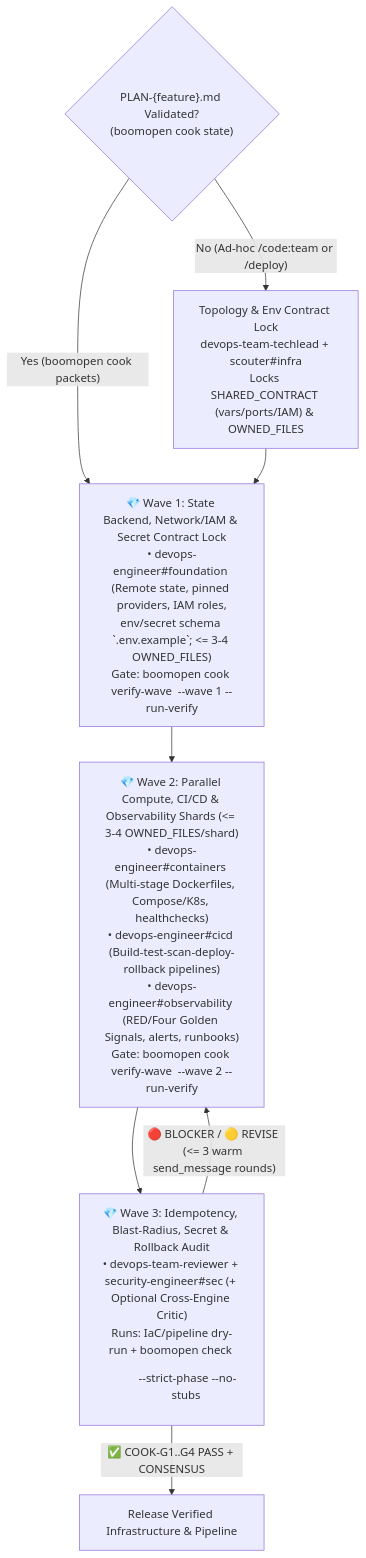
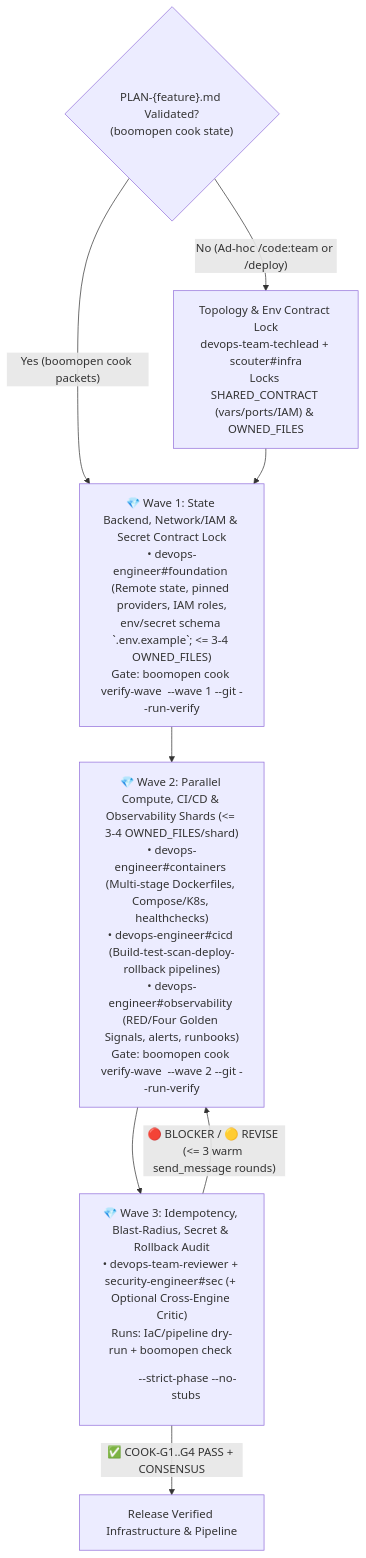
Before and after one commit to Kennyboom/BoomOpen-Workflow-Kit-Pro: the diagram in agents/teams/devops-team/_team.md, drawn with Mermaid. The commit also changed other lines of this file and 302 other files, not shown here.

````diff
--- a/agents/teams/devops-team/_team.md
+++ b/agents/teams/devops-team/_team.md
@@ -45,11 +46,11 @@
 ```mermaid
 flowchart TD
     G0{"PLAN-{feature}.md Validated?<br/>(boomopen cook state)"}
     G0 -->|"Yes (boomopen cook packets)"| W1
     G0 -->|"No (Ad-hoc /code:team or /deploy)"| S0["Topology & Env Contract Lock<br/>devops-team-techlead + scouter#infra<br/>Locks SHARED_CONTRACT (vars/ports/IAM) & OWNED_FILES"]
-    S0 --> W1["💎 Wave 1: State Backend, Network/IAM & Secret Contract Lock<br/>• devops-engineer#foundation (Remote state, pinned providers, IAM roles,<br/>env/secret schema `.env.example`; <= 3-4 OWNED_FILES)<br/>Gate: boomopen cook verify-wave <plan.md> --wave 1 --run-verify"]
-    W1 --> W2["💎 Wave 2: Parallel Compute, CI/CD & Observability Shards (<= 3-4 OWNED_FILES/shard)<br/>• devops-engineer#containers (Multi-stage Dockerfiles, Compose/K8s, healthchecks)<br/>• devops-engineer#cicd (Build-test-scan-deploy-rollback pipelines)<br/>• devops-engineer#observability (RED/Four Golden Signals, alerts, runbooks)<br/>Gate: boomopen cook verify-wave <plan.md> --wave 2 --run-verify"]
+    S0 --> W1["💎 Wave 1: State Backend, Network/IAM & Secret Contract Lock<br/>• devops-engineer#foundation (Remote state, pinned providers, IAM roles,<br/>env/secret schema `.env.example`; <= 3-4 OWNED_FILES)<br/>Gate: boomopen cook verify-wave <plan.md> --wave 1 --git --run-verify"]
+    W1 --> W2["💎 Wave 2: Parallel Compute, CI/CD & Observability Shards (<= 3-4 OWNED_FILES/shard)<br/>• devops-engineer#containers (Multi-stage Dockerfiles, Compose/K8s, healthchecks)<br/>• devops-engineer#cicd (Build-test-scan-deploy-rollback pipelines)<br/>• devops-engineer#observability (RED/Four Golden Signals, alerts, runbooks)<br/>Gate: boomopen cook verify-wave <plan.md> --wave 2 --git --run-verify"]
     W2 --> W3["💎 Wave 3: Idempotency, Blast-Radius, Secret & Rollback Audit<br/>• devops-team-reviewer + security-engineer#sec (+ Optional Cross-Engine Critic)<br/>Runs: IaC/pipeline dry-run + boomopen check <dir> --strict-phase --no-stubs"]
     W3 -->|"🔴 BLOCKER / 🟡 REVISE (<= 3 warm send_message rounds)"| W2
     W3 -->|"✅ COOK-G1..G4 PASS + CONSENSUS"| OUT["Release Verified Infrastructure & Pipeline"]
 ```
````
